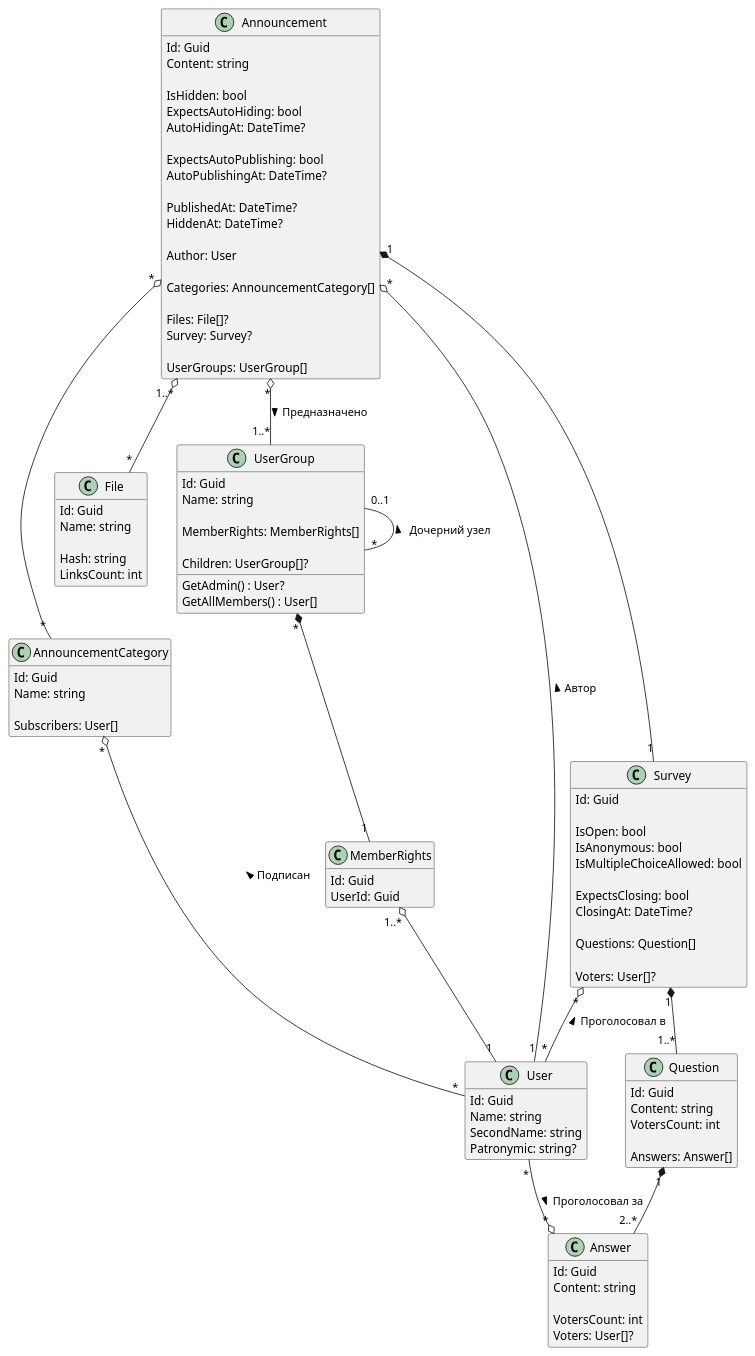
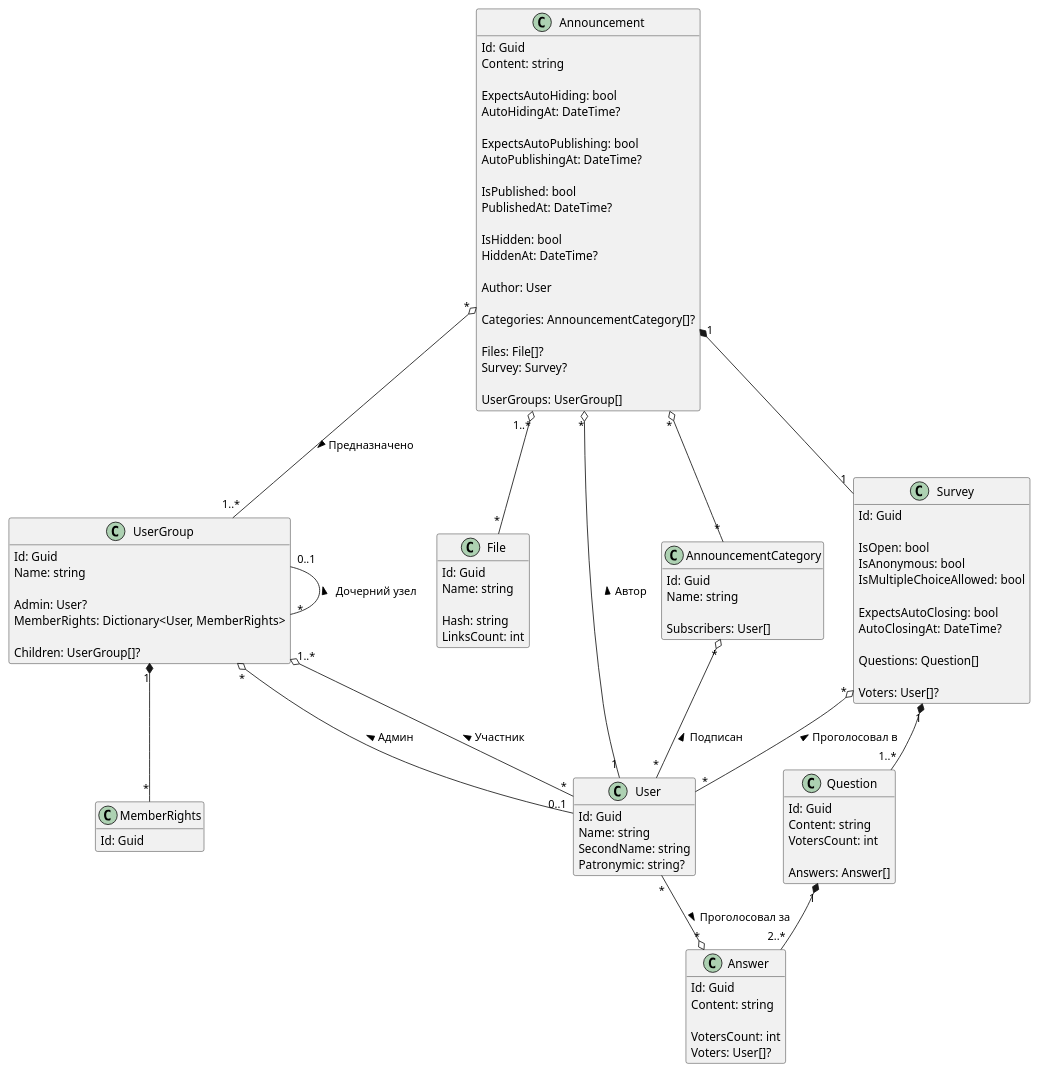
One commit to astu-app/ASTU-Bulletin-Board-Server changed the diagram in doc/Диаграммы/class.puml. Above: the diagram before and after it, drawn with PlantUML.

Commit message:
подправил диаграмму классов

```diff
--- a/doc/Диаграммы/class.puml
+++ b/doc/Диаграммы/class.puml
@@ -1,131 +1,119 @@
 @startuml
 'https://plantuml.com/class-diagram
 
 'left to right direction
 
-'hide members
 hide methods
-
-'class AnnouncementsController 
-'class AnnouncementService
-'AnnouncementsController -- AnnouncementService
-'
-'class SurveysController
-'class SurveyService
-'SurveysController -- SurveyService
 
 class Announcement {
     Id: Guid
     Content: string
     
-    IsHidden: bool    
     ExpectsAutoHiding: bool
     AutoHidingAt: DateTime?
     
     ExpectsAutoPublishing: bool
     AutoPublishingAt: DateTime?
     
+    IsPublished: bool
     PublishedAt: DateTime?
+    
+    IsHidden: bool    
     HiddenAt: DateTime?
     
     Author: User
     
-    Categories: AnnouncementCategory[]
+    Categories: AnnouncementCategory[]?
     
     Files: File[]?
     Survey: Survey?
     
     UserGroups: UserGroup[]
 }
 
 class AnnouncementCategory {
     Id: Guid
     Name: string
     
     Subscribers: User[]
 }
 Announcement "*" o-- "*" AnnouncementCategory
 
 class File {
     Id: Guid
     Name: string
     
     Hash: string
     LinksCount: int
 }
 Announcement "1..*" o-- "*" File
 
 class UserGroup {
     Id: Guid
     Name: string
     
-'    Admin: User?
-    MemberRights: MemberRights[]
+    Admin: User?
+    MemberRights: Dictionary<User, MemberRights>
     
     Children: UserGroup[]?
-    
-    GetAdmin() : User?
-    GetAllMembers() : User[]
 }
-show UserGroup methods
 UserGroup "0..1" -- "*" UserGroup : < Дочерний узел
 Announcement "*" o-- "1..*" UserGroup : > Предназначено
 
 class MemberRights {
     Id: Guid
-    UserId: Guid
     ' todo продумать права
 }
-UserGroup "*" *-- "1" MemberRights
+UserGroup "1" *-- "*" MemberRights
 
 class User {
     Id: Guid
     Name: string
     SecondName: string
     Patronymic: string?
 }
-'UserGroup "*" o-- "0..1" User : < Админ
-MemberRights "1..*" o-- "1" User
+UserGroup "*" o-- "0..1" User : < Админ
+UserGroup "1..*" o-- "*" User : < Участник
 Announcement "*" o-- "1" User : < Автор
 AnnouncementCategory "*" o-- "*" User : < Подписан
 Survey "*" o-- "*" User : < Проголосовал в 
 
 class Survey {
     Id: Guid
     
     IsOpen: bool
     IsAnonymous: bool
     IsMultipleChoiceAllowed: bool
     
-    ExpectsClosing: bool
-    ClosingAt: DateTime?
+    ExpectsAutoClosing: bool
+    AutoClosingAt: DateTime?
     
     Questions: Question[]
     
     Voters: User[]?
 }
 Announcement "1" *-- "1" Survey
 'User "*" -- "*" Survey
 
 class Question {
     Id: Guid
     Content: string
     VotersCount: int
     
     Answers: Answer[]
 }
 Survey "1" *-- "1..*" Question
 
 class Answer {
     Id: Guid
     Content: string
     
     VotersCount: int
     Voters: User[]?
 }
 Question "1" *-- "2..*" Answer
 User "*" --o "*" Answer : > Проголосовал за
 
 
 
 @enduml
```
